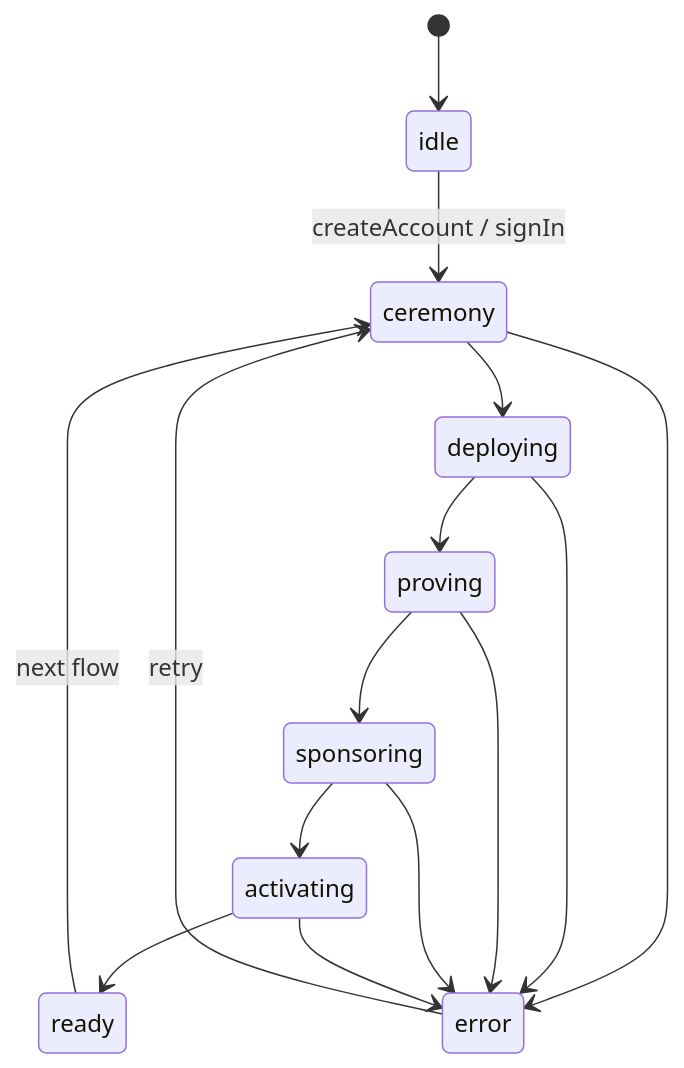
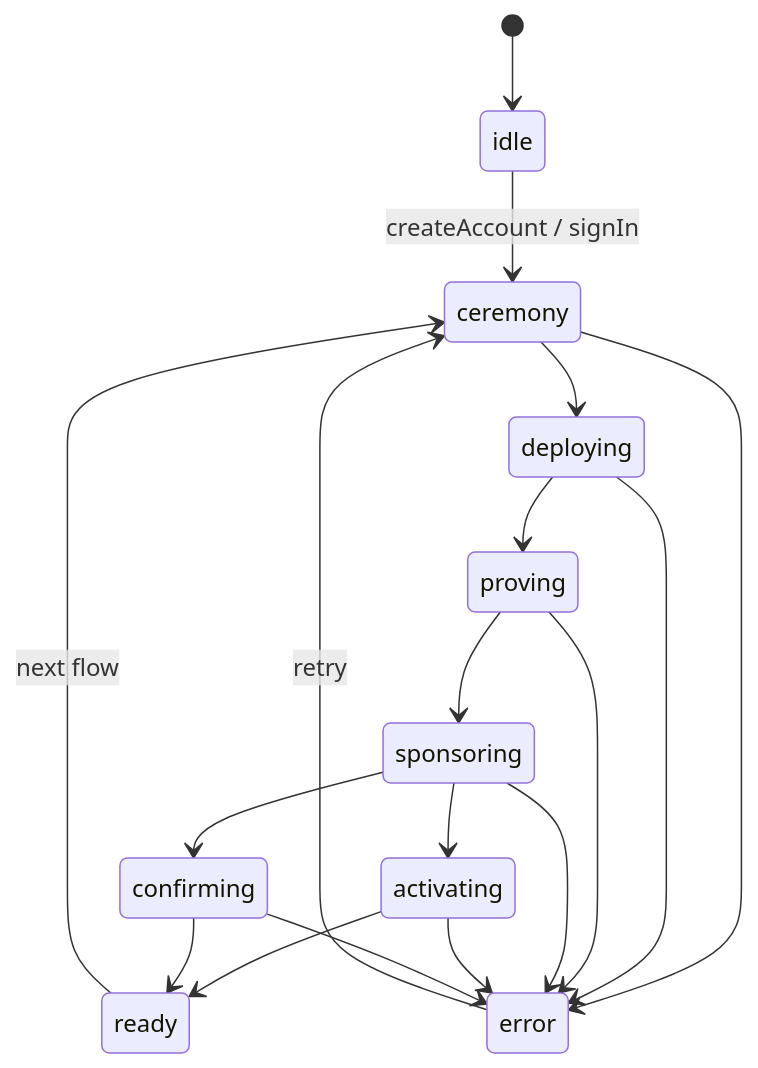
Before and after one commit to input-output-hk/lace: the third of 7 diagrams in packages/module/passport-account/README.md, drawn with Mermaid. The commit also changed other lines of this file and 2361 other files, not shown here.

````diff
--- a/packages/module/passport-account/README.md
+++ b/packages/module/passport-account/README.md
@@ -189,17 +477,20 @@
 ```mermaid
 stateDiagram-v2
     [*] --> idle
     idle --> ceremony: createAccount / signIn
     ceremony --> deploying
     deploying --> proving
     proving --> sponsoring
     sponsoring --> activating
+    sponsoring --> confirming
     activating --> ready
+    confirming --> ready
     ceremony --> error
     deploying --> error
     proving --> error
     sponsoring --> error
     activating --> error
+    confirming --> error
     error --> ceremony: retry
     ready --> ceremony: next flow
 ```
````
